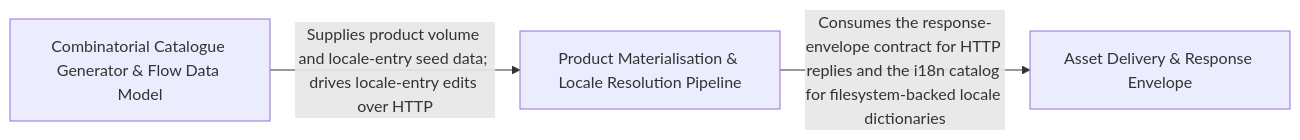
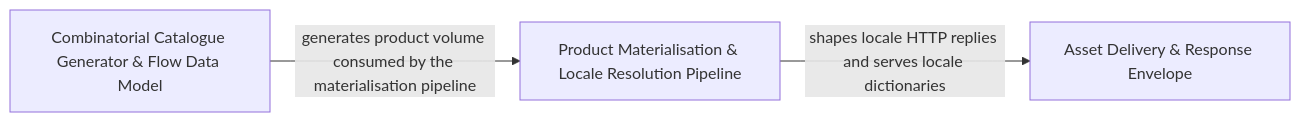
Before and after one commit to Guebbit/boilerplate-node-backend: the diagram in .2brain/arch/Combinatorial_Filler_Catalogue_Product_Model.md, drawn with Mermaid. The commit also changed other lines of this file and 627 other files, not shown here.

````diff
--- a/.2brain/arch/Combinatorial_Filler_Catalogue_Product_Model.md
+++ b/.2brain/arch/Combinatorial_Filler_Catalogue_Product_Model.md
@@ -10,8 +10,8 @@
 ```mermaid
 graph LR
     Asset_Delivery_Response_Envelope["Asset Delivery & Response Envelope"]
     Combinatorial_Catalogue_Generator_Flow_Data_Model["Combinatorial Catalogue Generator & Flow Data Model"]
     Product_Materialisation_Locale_Resolution_Pipeline["Product Materialisation & Locale Resolution Pipeline"]
-    Combinatorial_Catalogue_Generator_Flow_Data_Model -- "Supplies product volume and locale-entry seed data; drives locale-entry edits over HTTP" --> Product_Materialisation_Locale_Resolution_Pipeline
-    Product_Materialisation_Locale_Resolution_Pipeline -- "Consumes the response-envelope contract for HTTP replies and the i18n catalog for filesystem-backed locale dictionaries" --> Asset_Delivery_Response_Envelope
+    Combinatorial_Catalogue_Generator_Flow_Data_Model -- "generates product volume consumed by the materialisation pipeline" --> Product_Materialisation_Locale_Resolution_Pipeline
+    Product_Materialisation_Locale_Resolution_Pipeline -- "shapes locale HTTP replies and serves locale dictionaries" --> Asset_Delivery_Response_Envelope
 ```
````
